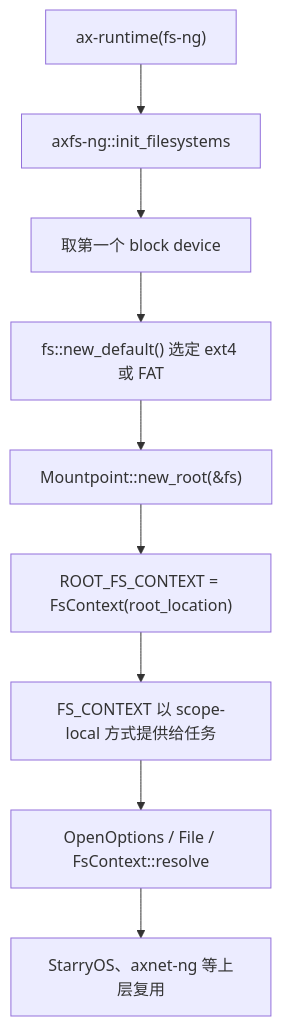
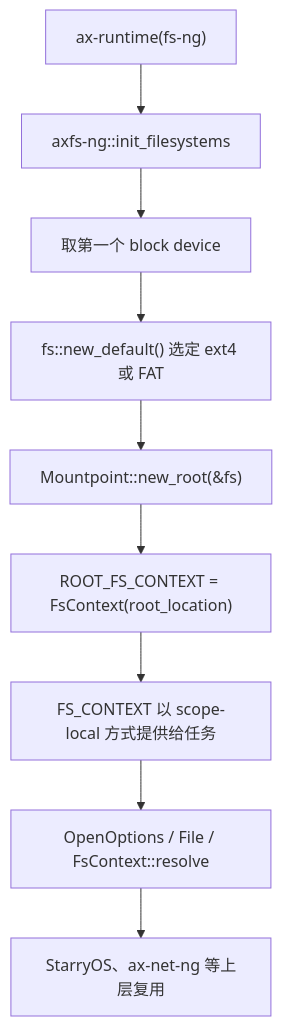
The first of 2 diagrams in docs/crates/axfs-ng.md (zKurisu/tgoskits), drawn with Mermaid before and after one commit. The commit also changed other lines of this file and 32 other files, not shown here.

Commit message:
rename axnet-ng to ax-net-ng

````diff
--- a/docs/crates/axfs-ng.md
+++ b/docs/crates/axfs-ng.md
@@ -36,11 +36,11 @@
 ```mermaid
 flowchart TD
     A["ax-runtime(fs-ng)"] --> B["axfs-ng::init_filesystems"]
     B --> C["取第一个 block device"]
     C --> D["fs::new_default() 选定 ext4 或 FAT"]
     D --> E["Mountpoint::new_root(&fs)"]
     E --> F["ROOT_FS_CONTEXT = FsContext(root_location)"]
     F --> G["FS_CONTEXT 以 scope-local 方式提供给任务"]
     G --> H["OpenOptions / File / FsContext::resolve"]
-    H --> I["StarryOS、axnet-ng 等上层复用"]
+    H --> I["StarryOS、ax-net-ng 等上层复用"]
 ```
````
